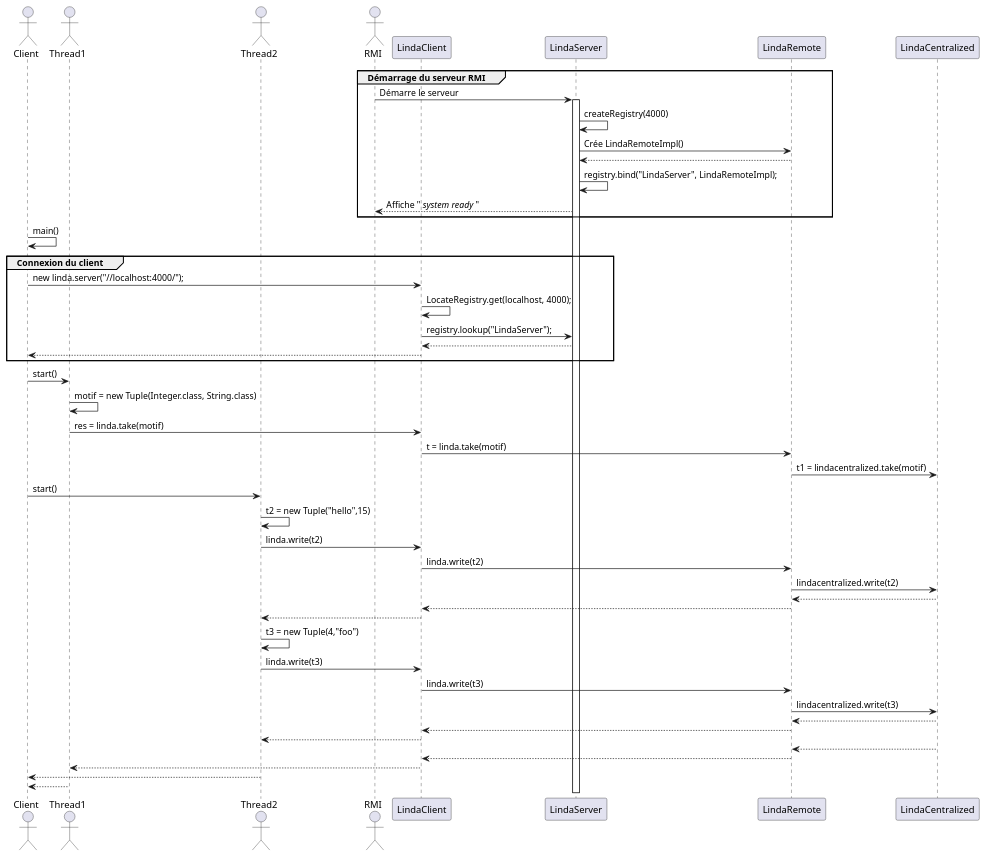
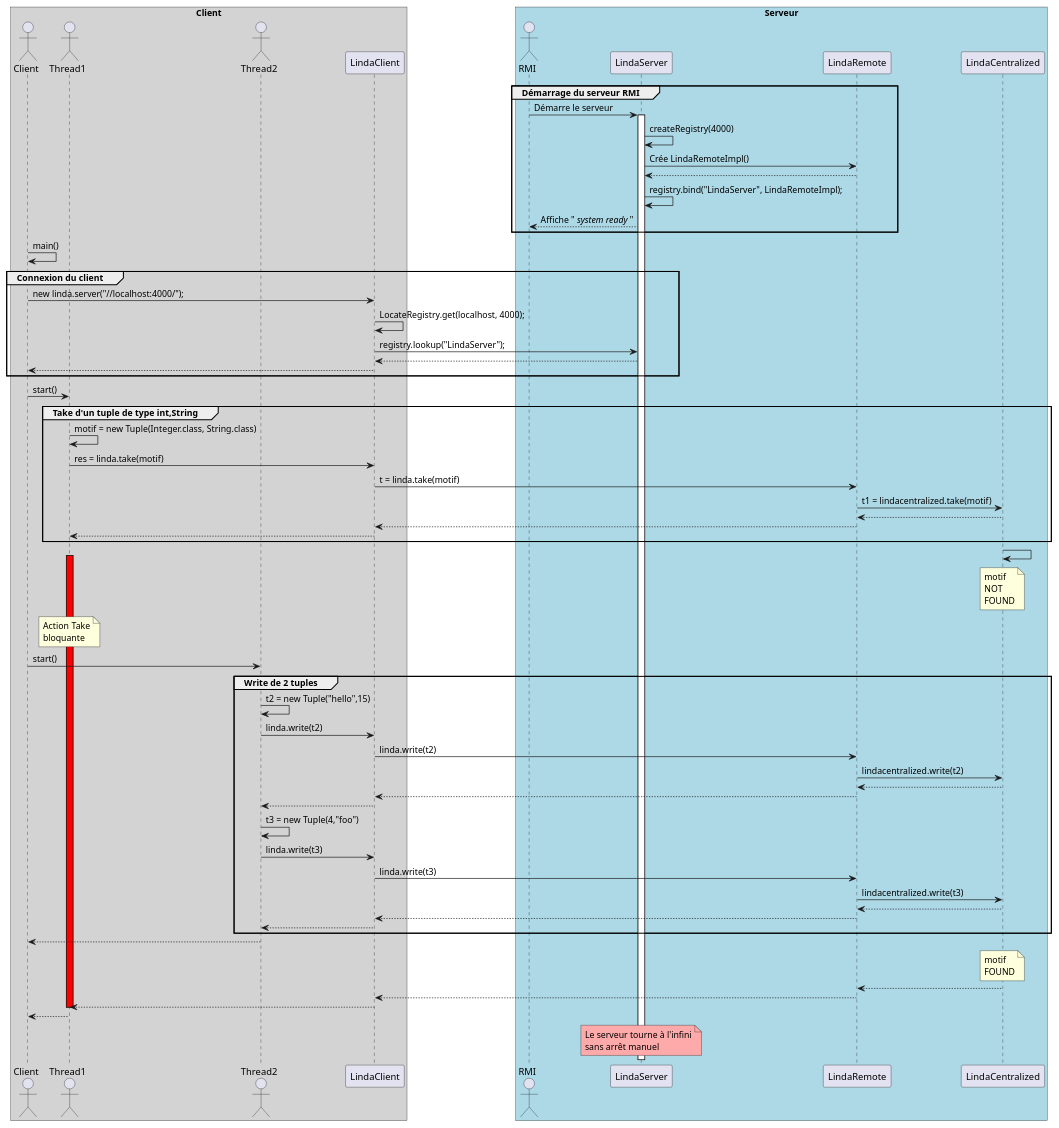
The diagram in linda/server/Diagramme/Sequences/Sequence_write_take.plantuml (HayZun/Intergiciel), drawn with PlantUML before and after one commit. The commit also changed 11 other files, not shown here.

```diff
--- a/linda/server/Diagramme/Sequences/Sequence_write_take.plantuml
+++ b/linda/server/Diagramme/Sequences/Sequence_write_take.plantuml
@@ -1,91 +1,124 @@
 @startuml
 
+box "Client" #LightGrey
 actor Client
 actor Thread1
 actor Thread2
+participant LindaClient
+end box
+box "Serveur" #LightBlue
 actor RMI
-participant LindaClient
 participant LindaServer
 participant LindaRemote
 participant "LindaCentralized" as Linda
+end box
 
 group Démarrage du serveur RMI
 
 RMI -> LindaServer: Démarre le serveur
 
 activate LindaServer
 
 LindaServer -> LindaServer: createRegistry(4000)
 
 LindaServer -> LindaRemote: Crée LindaRemoteImpl()
 
 LindaRemote --> LindaServer:
 
 LindaServer -> LindaServer: registry.bind("LindaServer", LindaRemoteImpl);
 
 LindaServer --> RMI: Affiche "// system ready //"
 
 end
 
 Client -> Client: main()
 
 group Connexion du client
 
 Client -> LindaClient : new linda.server("//localhost:4000/");
 LindaClient -> LindaClient : LocateRegistry.get(localhost, 4000);
 LindaClient -> LindaServer : registry.lookup("LindaServer");
 LindaServer --> LindaClient
 LindaClient --> Client
 
 end
 
 Client -> Thread1: start()
 
+group Take d'un tuple de type int,String
+
 Thread1 -> Thread1 : motif = new Tuple(Integer.class, String.class)
 
 Thread1 -> LindaClient: res = linda.take(motif)
 
 LindaClient -> LindaRemote: t = linda.take(motif)
 
 LindaRemote -> Linda: t1 = lindacentralized.take(motif)
 
+Linda --> LindaRemote
+
+LindaRemote --> LindaClient
+
+LindaClient --> Thread1
+
+end
+
+Linda -> Linda
+
+activate Thread1 #red
+
+note over Linda : motif \nNOT \nFOUND
+
+note over Thread1 : Action Take\nbloquante
+
 Client -> Thread2: start()
+
+group Write de 2 tuples
 
 Thread2 -> Thread2: t2 = new Tuple("hello",15)
 
 Thread2 -> LindaClient: linda.write(t2)
 
 LindaClient -> LindaRemote: linda.write(t2)
 
 LindaRemote -> Linda: lindacentralized.write(t2)
 
 Linda --> LindaRemote
 
 LindaRemote --> LindaClient
 
 LindaClient --> Thread2
 
 Thread2 -> Thread2: t3 = new Tuple(4,"foo")
 
 Thread2 -> LindaClient: linda.write(t3)
 
 LindaClient -> LindaRemote: linda.write(t3)
 
 LindaRemote -> Linda: lindacentralized.write(t3)
 
 Linda --> LindaRemote
 
 LindaRemote --> LindaClient
 
 LindaClient --> Thread2
 
+end
+
+Thread2 --> Client
+
+note over Linda : motif \nFOUND
+
 Linda --> LindaRemote
 
 LindaRemote --> LindaClient
 
 LindaClient --> Thread1
 
-Thread2 --> Client
+deactivate Thread1
+
 Thread1 --> Client
 
+note over LindaServer #FFAAAA: Le serveur tourne à l'infini\nsans arrêt manuel 
+
 @enduml
```
